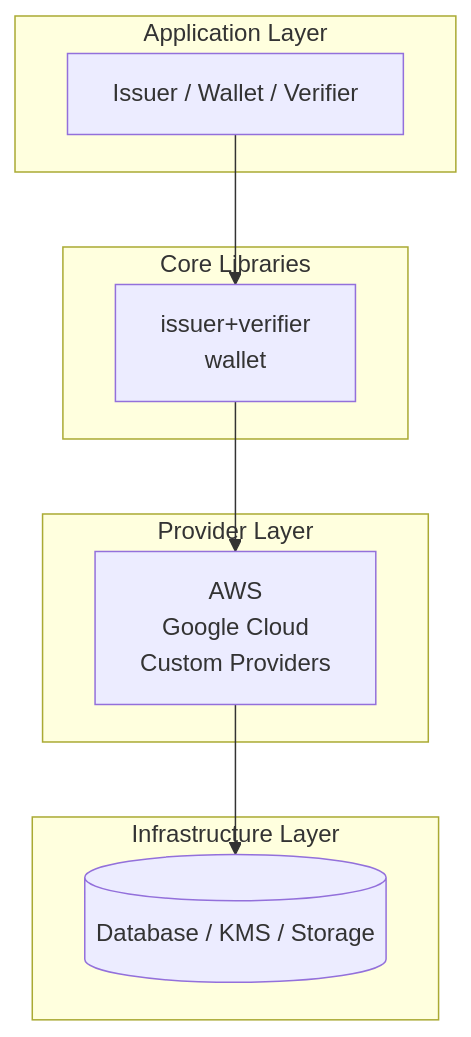
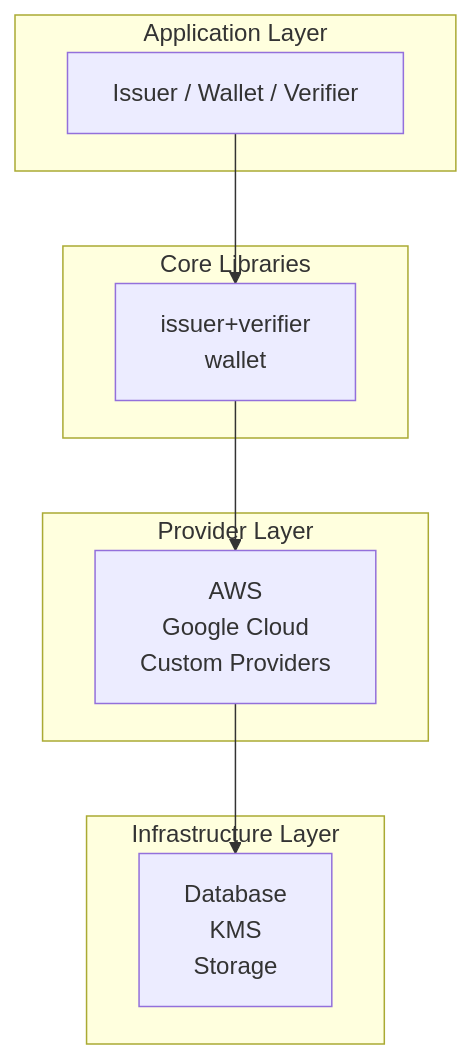
One commit to trustknots/vcknots changed the fifth of 5 diagrams in docs/en/architecture-overview.md. Above: the diagram before and after it, drawn with Mermaid. The commit also changed other lines of this file and 1 other file, not shown here.

Commit message:
docs: transrate architecture overview

````diff
--- a/docs/en/architecture-overview.md
+++ b/docs/en/architecture-overview.md
@@ -175,23 +177,23 @@
 ```mermaid
 flowchart TB
 
     subgraph L1["Application Layer"]
         APP[Issuer / Wallet / Verifier]
     end
 
     subgraph L2["Core Libraries"]
-        CORE[issuer+verifier<br/>wallet]
+        CORE["issuer+verifier<br/>wallet"]
     end
 
     subgraph L3["Provider Layer"]
-        P[AWS<br/>Google Cloud<br/>Custom Providers]
+        PROVIDER["AWS<br/>Google Cloud<br/>Custom Providers"]
     end
 
     subgraph L4["Infrastructure Layer"]
-        I[(Database / KMS / Storage)]
+        INFRA["Database<br/>KMS<br/>Storage"]
     end
 
     APP --> CORE
-    CORE --> P
-    P --> I
+    CORE --> PROVIDER
+    PROVIDER --> INFRA
 ```
````
